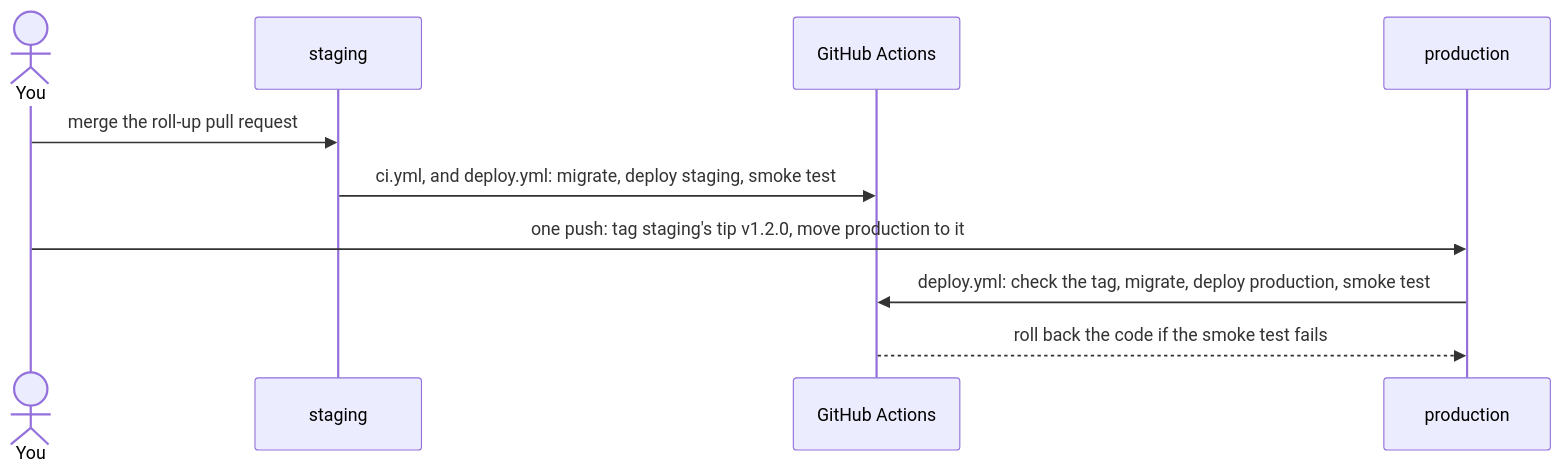
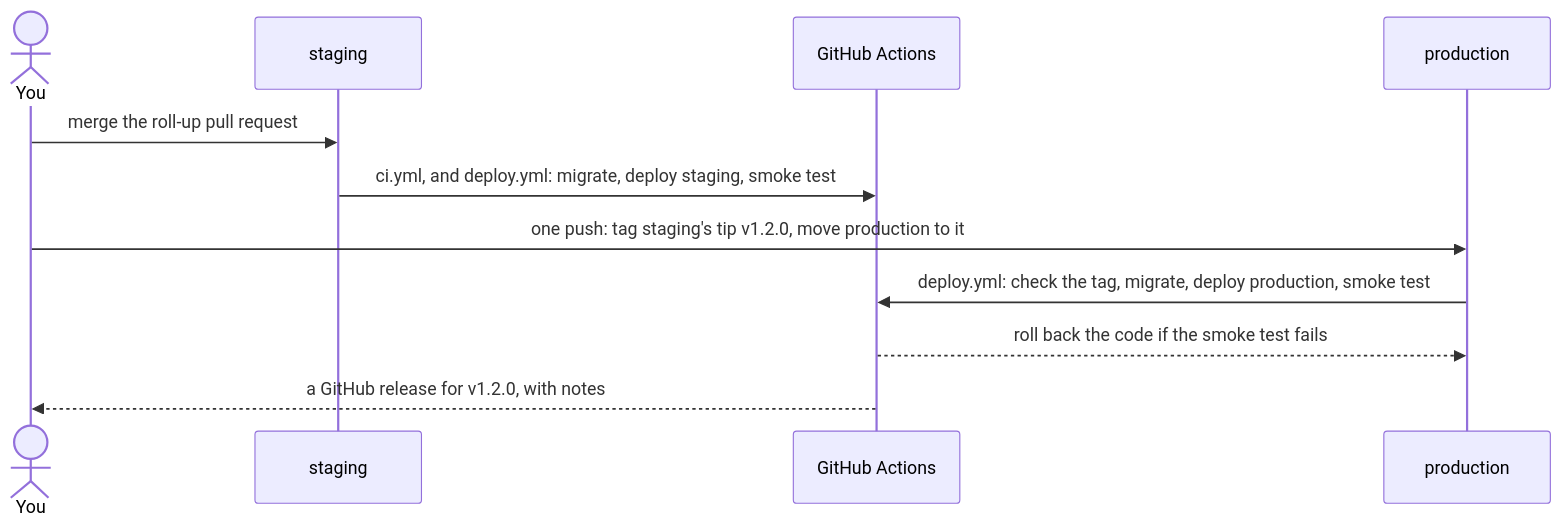
The second of 4 diagrams in templates/saas-starter/docs/branches.md (SeanningTatum/software-factory), drawn with Mermaid before and after one commit. The commit also changed other lines of this file and 3 other files, not shown here.

First line of the commit message:
feat(template): a promoted release gets a GitHub release with notes

````diff
--- a/templates/saas-starter/docs/branches.md
+++ b/templates/saas-starter/docs/branches.md
@@ -67,12 +67,13 @@
 ```mermaid
 sequenceDiagram
   actor You
   participant S as staging
   participant CI as GitHub Actions
   participant P as production
   You->>S: merge the roll-up pull request
   S->>CI: ci.yml, and deploy.yml: migrate, deploy staging, smoke test
   You->>P: one push: tag staging's tip v1.2.0, move production to it
   P->>CI: deploy.yml: check the tag, migrate, deploy production, smoke test
   CI-->>P: roll back the code if the smoke test fails
+  CI-->>You: a GitHub release for v1.2.0, with notes
 ```
````
